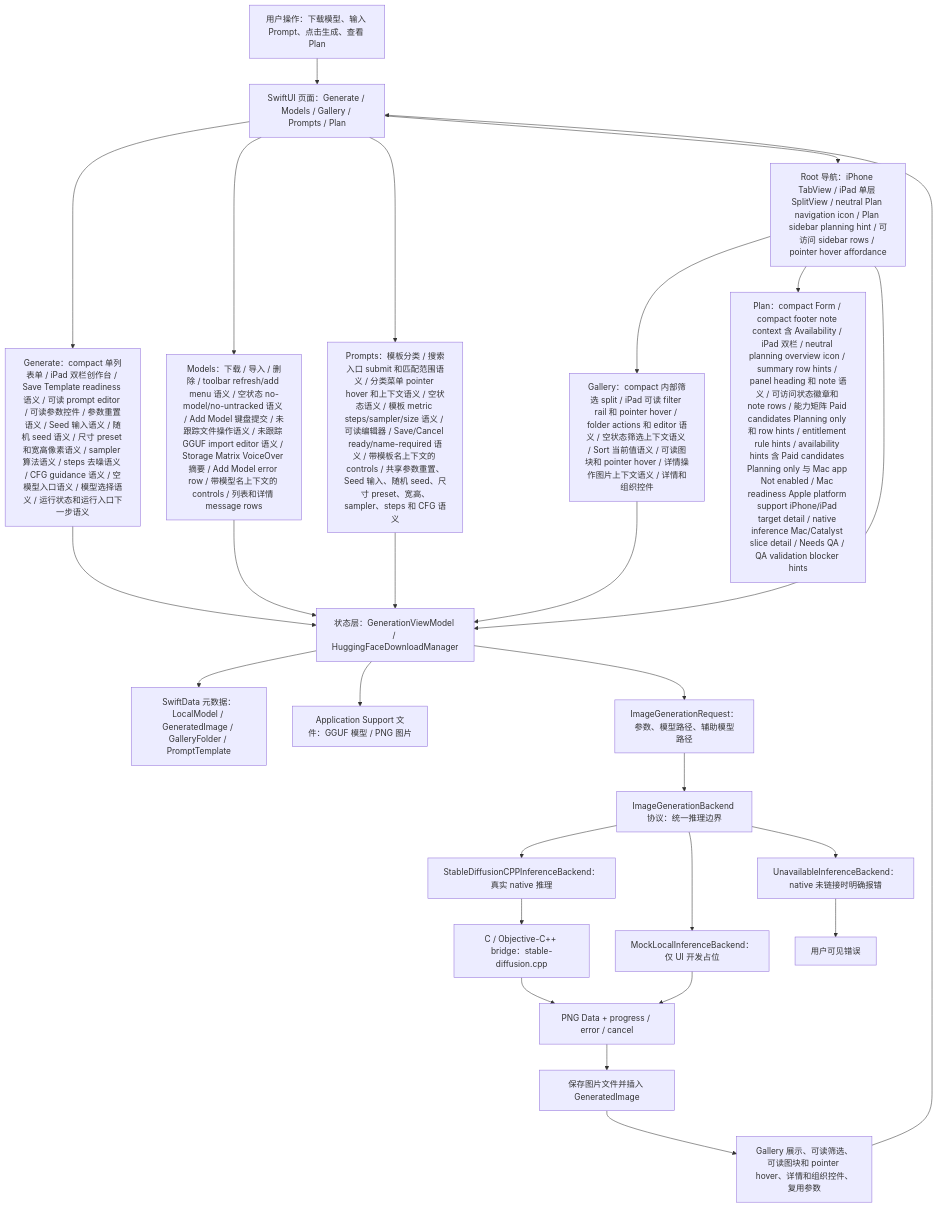
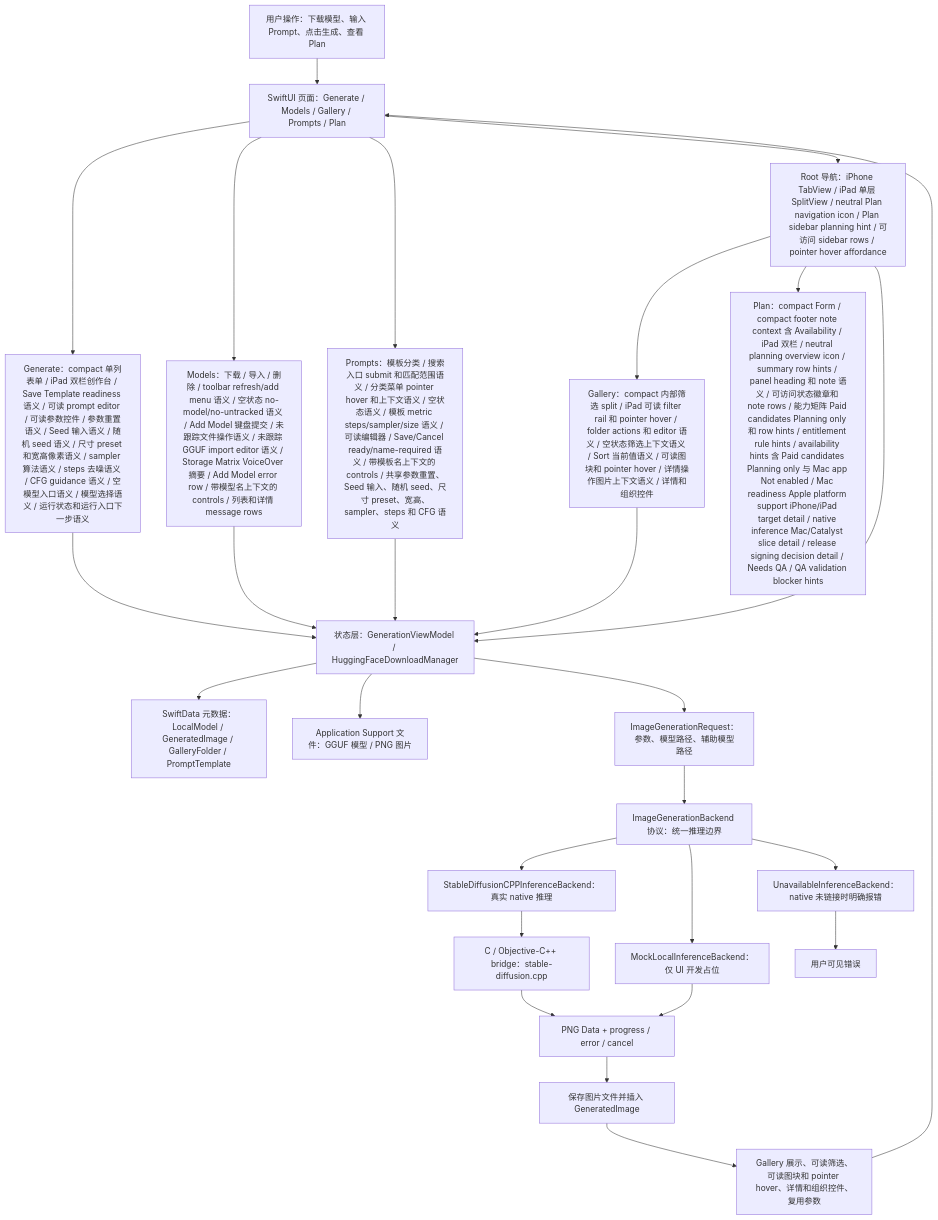
Before and after one commit to Altman-sam114/118: the first of 7 diagrams in md/flow/flowchart.md, drawn with Mermaid. The commit also changed 5 other files, not shown here.

First line of the commit message:
v1.79: Mac distribution signing detail copy

````diff
--- a/md/flow/flowchart.md
+++ b/md/flow/flowchart.md
@@ -9,29 +9,29 @@
 ```mermaid
 flowchart TD
   U["用户操作：下载模型、输入 Prompt、点击生成、查看 Plan"] --> UI["SwiftUI 页面：Generate / Models / Gallery / Prompts / Plan"]
   UI --> GENUI["Generate：compact 单列表单 / iPad 双栏创作台 / Save Template readiness 语义 / 可读 prompt editor / 可读参数控件 / 参数重置语义 / Seed 输入语义 / 随机 seed 语义 / 尺寸 preset 和宽高像素语义 / sampler 算法语义 / steps 去噪语义 / CFG guidance 语义 / 空模型入口语义 / 模型选择语义 / 运行状态和运行入口下一步语义"]
   UI --> MODELUI["Models：下载 / 导入 / 删除 / toolbar refresh/add menu 语义 / 空状态 no-model/no-untracked 语义 / Add Model 键盘提交 / 未跟踪文件操作语义 / 未跟踪 GGUF import editor 语义 / Storage Matrix VoiceOver 摘要 / Add Model error row / 带模型名上下文的 controls / 列表和详情 message rows"]
   UI --> PROMPTUI["Prompts：模板分类 / 搜索入口 submit 和匹配范围语义 / 分类菜单 pointer hover 和上下文语义 / 空状态语义 / 模板 metric steps/sampler/size 语义 / 可读编辑器 / Save/Cancel ready/name-required 语义 / 带模板名上下文的 controls / 共享参数重置、Seed 输入、随机 seed、尺寸 preset、宽高、sampler、steps 和 CFG 语义"]
   UI --> NAV["Root 导航：iPhone TabView / iPad 单层 SplitView / neutral Plan navigation icon / Plan sidebar planning hint / 可访问 sidebar rows / pointer hover affordance"]
   NAV --> GALUI["Gallery：compact 内部筛选 split / iPad 可读 filter rail 和 pointer hover / folder actions 和 editor 语义 / 空状态筛选上下文语义 / Sort 当前值语义 / 可读图块和 pointer hover / 详情操作图片上下文语义 / 详情和组织控件"]
-  NAV --> PLANUI["Plan：compact Form / compact footer note context 含 Availability / iPad 双栏 / neutral planning overview icon / summary row hints / panel heading 和 note 语义 / 可访问状态徽章和 note rows / 能力矩阵 Paid candidates Planning only 和 row hints / entitlement rule hints / availability hints 含 Paid candidates Planning only 与 Mac app Not enabled / Mac readiness Apple platform support iPhone/iPad target detail / native inference Mac/Catalyst slice detail / Needs QA / QA validation blocker hints"]
+  NAV --> PLANUI["Plan：compact Form / compact footer note context 含 Availability / iPad 双栏 / neutral planning overview icon / summary row hints / panel heading 和 note 语义 / 可访问状态徽章和 note rows / 能力矩阵 Paid candidates Planning only 和 row hints / entitlement rule hints / availability hints 含 Paid candidates Planning only 与 Mac app Not enabled / Mac readiness Apple platform support iPhone/iPad target detail / native inference Mac/Catalyst slice detail / release signing decision detail / Needs QA / QA validation blocker hints"]
   NAV --> VM["状态层：GenerationViewModel / HuggingFaceDownloadManager"]
   GENUI --> VM
   MODELUI --> VM
   PROMPTUI --> VM
   GALUI --> VM
   VM --> SD["SwiftData 元数据：LocalModel / GeneratedImage / GalleryFolder / PromptTemplate"]
   VM --> FS["Application Support 文件：GGUF 模型 / PNG 图片"]
   VM --> REQ["ImageGenerationRequest：参数、模型路径、辅助模型路径"]
   REQ --> IFACE["ImageGenerationBackend 协议：统一推理边界"]
   IFACE --> NATIVE["StableDiffusionCPPInferenceBackend：真实 native 推理"]
   IFACE --> MOCK["MockLocalInferenceBackend：仅 UI 开发占位"]
   IFACE --> OFF["UnavailableInferenceBackend：native 未链接时明确报错"]
   NATIVE --> BRIDGE["C / Objective-C++ bridge：stable-diffusion.cpp"]
   BRIDGE --> PNG["PNG Data + progress / error / cancel"]
   MOCK --> PNG
   OFF --> ERR["用户可见错误"]
   PNG --> SAVE["保存图片文件并插入 GeneratedImage"]
   SAVE --> GALLERY["Gallery 展示、可读筛选、可读图块和 pointer hover、详情和组织控件、复用参数"]
   GALLERY --> UI
 ```
````
